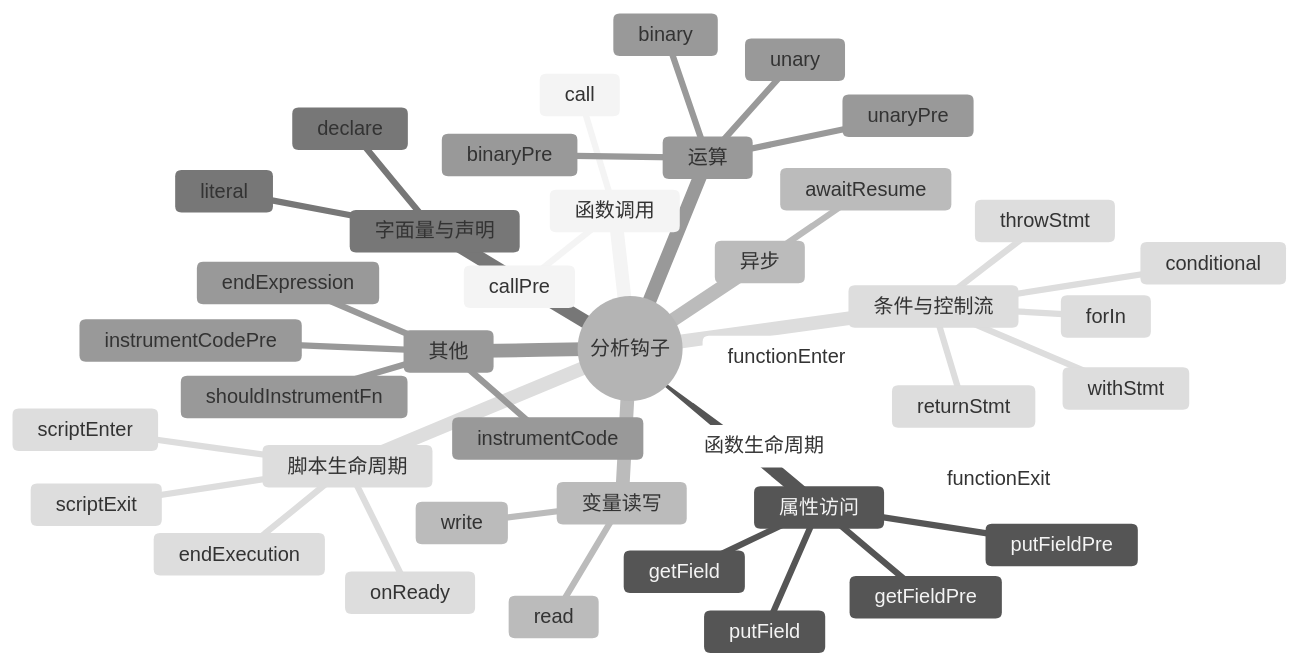
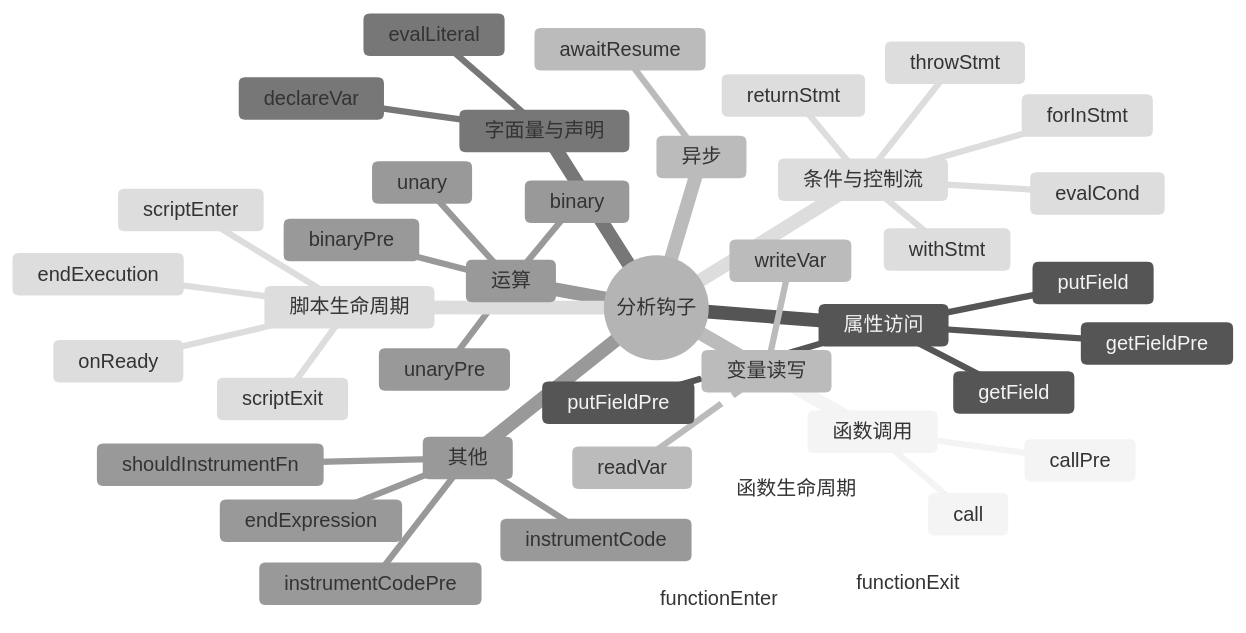
Before and after one commit to fuckreverse/Jani: the second of 2 diagrams in docs/Analysis-Development.md, drawn with Mermaid (neutral theme). The commit also changed other lines of this file and 25 other files, not shown here.

First line of the commit message:
refactor: 统一变量读写钩子命名为 readVar/writeVar，字面量、条件等钩子改为 evalLiteral/evalCond 等

````diff
--- a/docs/Analysis-Development.md
+++ b/docs/Analysis-Development.md
@@ -75,44 +75,44 @@
 ```mermaid
 mindmap
   root((分析钩子))
     函数调用
       callPre
       call
     属性访问
       getFieldPre
       getField
       putFieldPre
       putField
     变量读写
-      read
-      write
+      readVar
+      writeVar
     字面量与声明
-      literal
-      declare
+      evalLiteral
+      declareVar
     运算
       binaryPre
       binary
       unaryPre
       unary
     条件与控制流
-      conditional
+      evalCond
       returnStmt
       throwStmt
       withStmt
-      forIn
+      forInStmt
     函数生命周期
       functionEnter
       functionExit
     脚本生命周期
       scriptEnter
       scriptExit
       endExecution
       onReady
     异步
       awaitResume
     其他
       endExpression
       instrumentCodePre
       instrumentCode
       shouldInstrumentFn
 ```
````
